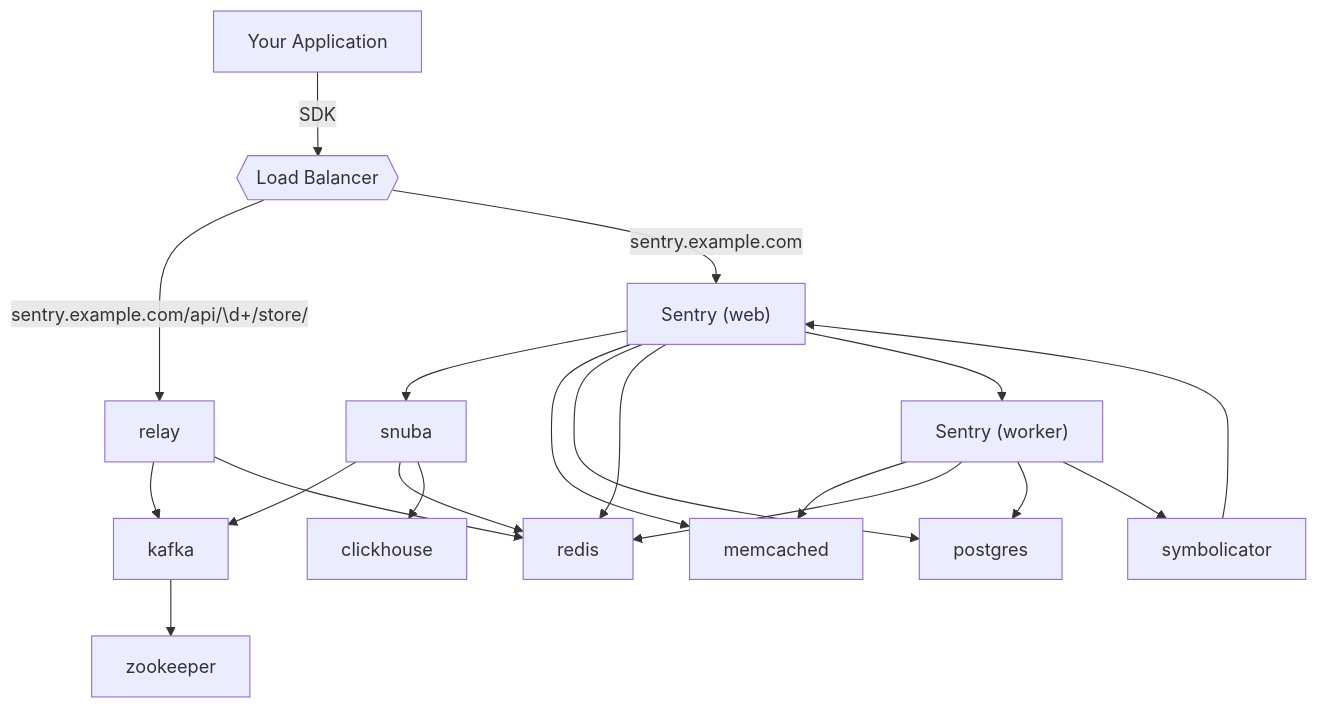
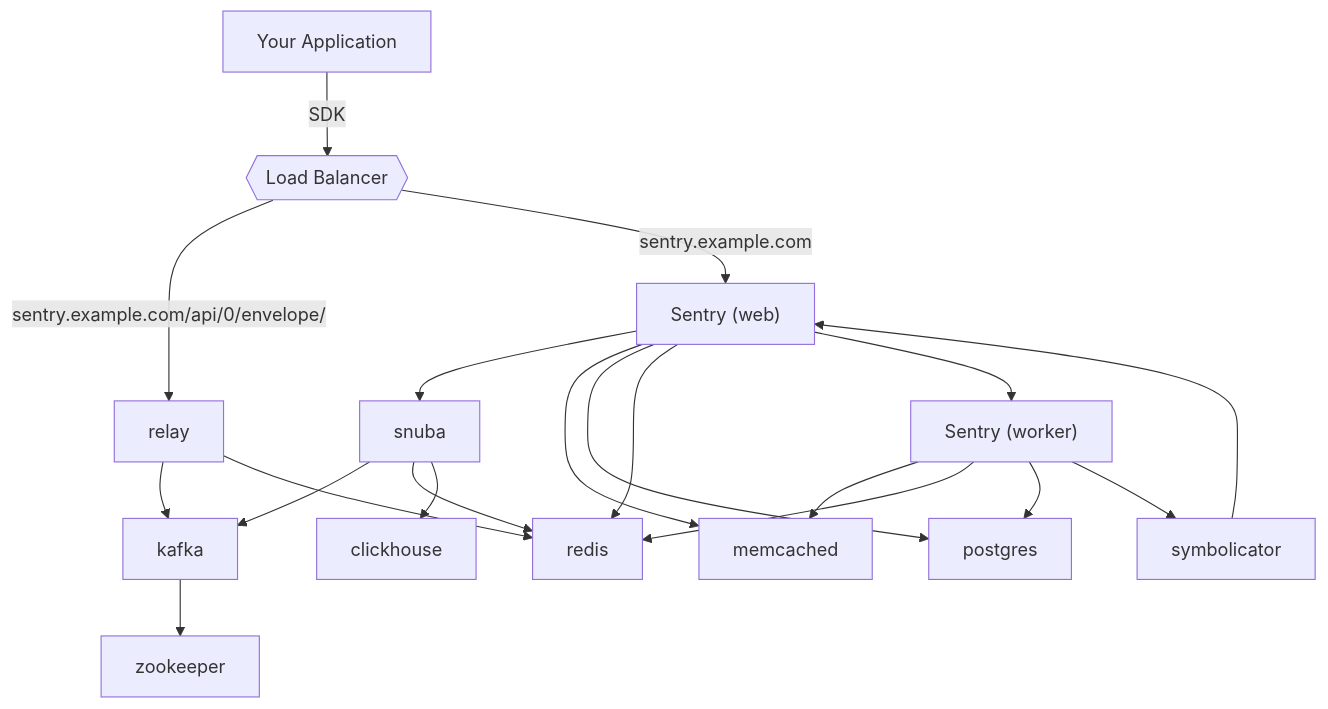
One commit to getsentry/sentry-docs changed the first of 3 diagrams in develop-docs/application/architecture.mdx. Above: the diagram before and after it, drawn with Mermaid. The commit also changed other lines of this file, not shown here.

Commit message:
Changed /store to /envelope (because /store does not exist anymore

````diff
--- a/develop-docs/application/architecture.mdx
+++ b/develop-docs/application/architecture.mdx
@@ -10,25 +10,25 @@
 ```mermaid
 graph TD
   app[Your Application] --> |SDK| lb{{Load Balancer}}
-  lb --> |"sentry.example.com/api/\d+/store/"| relay
+  lb --> |"sentry.example.com/api/0/envelope/"| relay
   lb --> |"sentry.example.com"| sentry_web["Sentry (web)"]
   symbolicator --> sentry_web
   relay --> kafka
   relay --> redis
   sentry_web --> snuba
   sentry_web --> memcached
   sentry_web --> postgres
   sentry_web --> redis
   snuba --> kafka
   snuba --> redis
   snuba --> clickhouse
   kafka --> zookeeper
   sentry_web --> sentry_worker["Sentry (worker)"]
   sentry_worker --> memcached
   sentry_worker --> redis
   sentry_worker --> postgres
   sentry_worker --> symbolicator
 
   click snuba "https://github.com/getsentry/snuba" "Snuba Documentation"
   click relay "https://github.com/getsentry/relay" "Relay Documentation"
 ```
````
